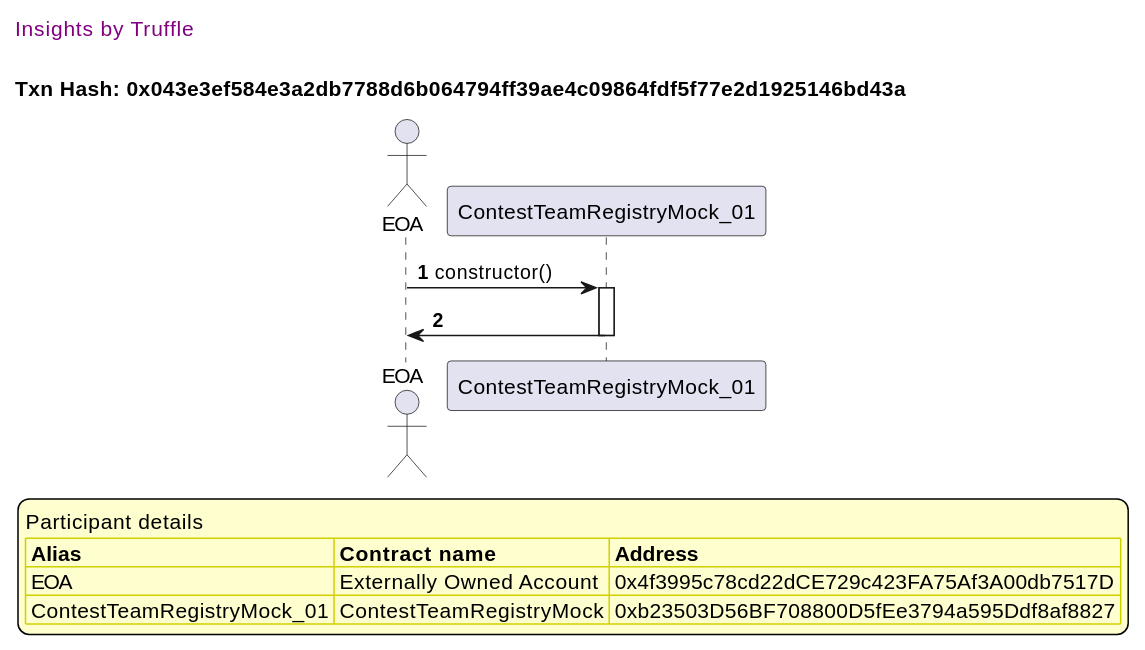
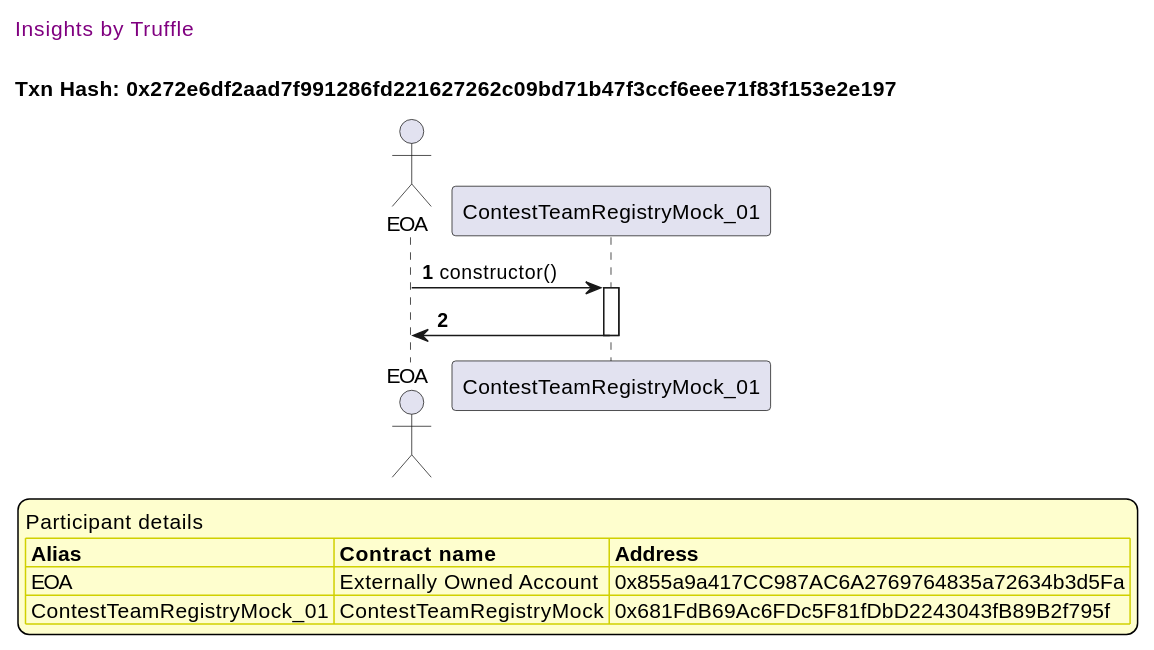
One commit to fodisi/hackapay changed the first of 50 diagrams in truffle-seq/core_contestteamregistry.md. Above: the diagram before and after it, drawn with PlantUML. The commit also changed other lines of this file and 10 other files, not shown here.

````diff
--- a/truffle-seq/core_contestteamregistry.md
+++ b/truffle-seq/core_contestteamregistry.md
@@ -13,37 +13,37 @@
 ```plantuml
 
 
 @startuml
 
 autonumber
 skinparam legendBackgroundColor #FEFECE
 
 <style>
       header {
         HorizontalAlignment left
         FontColor purple
         FontSize 14
         Padding 10
       }
     </style>
 
 header Insights by Truffle
 
-title Txn Hash: 0x043e3ef584e3a2db7788d6b064794ff39ae4c09864fdf5f77e2d1925146bd43a
+title Txn Hash: 0x272e6df2aad7f991286fd221627262c09bd71b47f3ccf6eee71f83f153e2e197
 
 
 actor EOA as "EOA"
 participant ContestTeamRegistryMock_01 as "ContestTeamRegistryMock_01"
 
 "EOA" -> "ContestTeamRegistryMock_01" ++: constructor()
 "ContestTeamRegistryMock_01" -> "EOA" --: 
 
 legend
 Participant details
 <#FEFECE,#D0D000>|= Alias |= Contract name |= Address |
-<#FEFECE>| EOA | Externally Owned Account | 0x4f3995c78cd22dCE729c423FA75Af3A00db7517D |
-<#FEFECE>| ContestTeamRegistryMock_01 | ContestTeamRegistryMock | 0xb23503D56BF708800D5fEe3794a595Ddf8af8827 |
+<#FEFECE>| EOA | Externally Owned Account | 0x855a9a417CC987AC6A2769764835a72634b3d5Fa |
+<#FEFECE>| ContestTeamRegistryMock_01 | ContestTeamRegistryMock | 0x681FdB69Ac6FDc5F81fDbD2243043fB89B2f795f |
 endlegend
 
 @enduml
 ```
````
